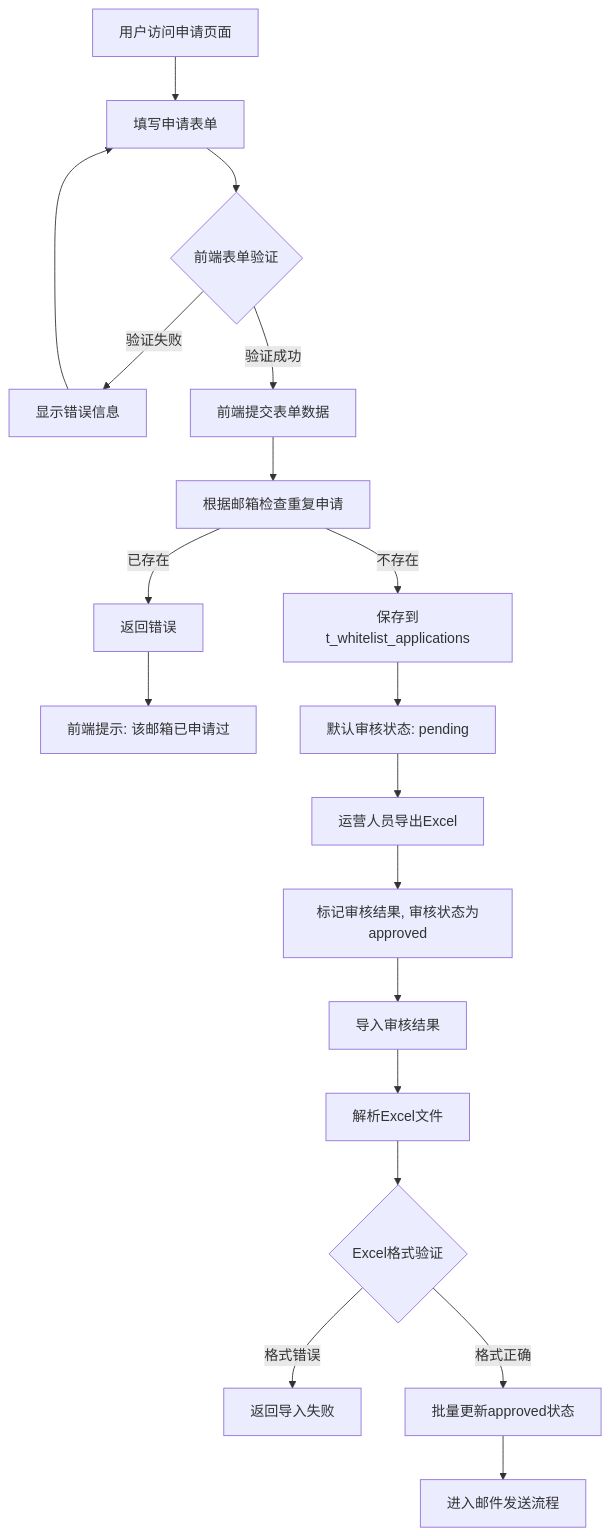
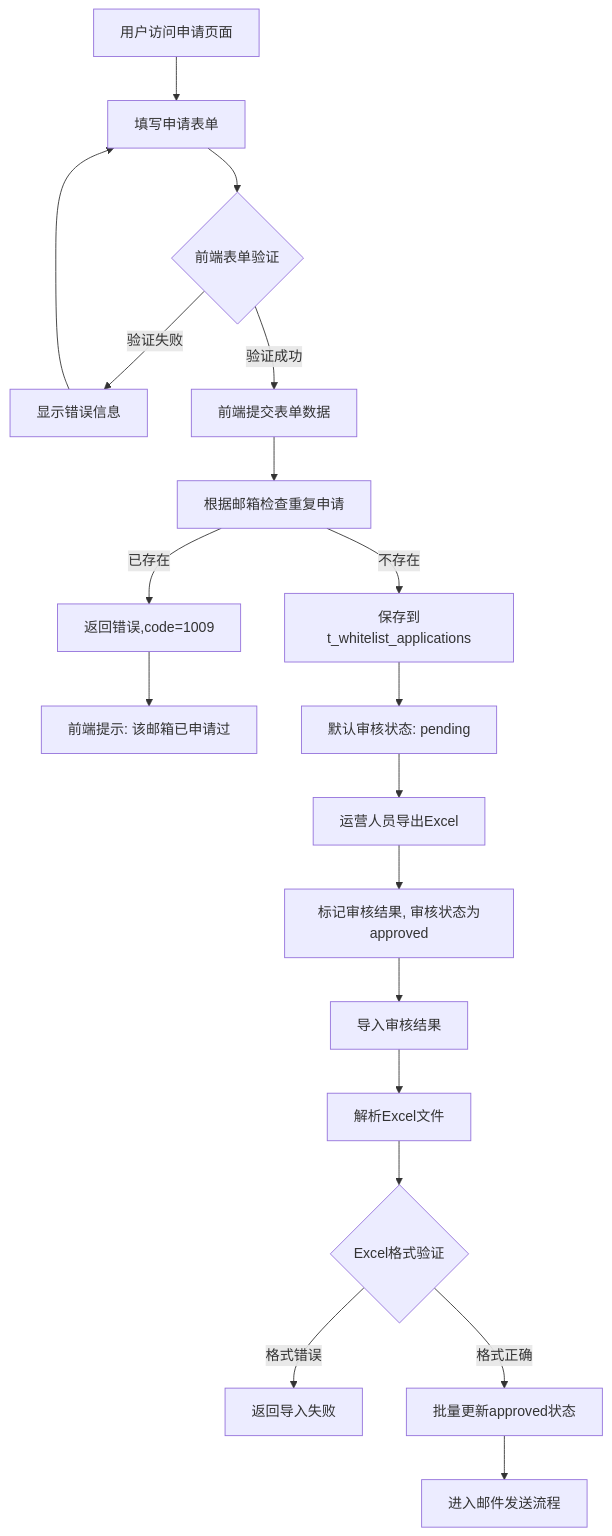
The diagram in all/未命名-73.md (yingjianzh/iodraw-files), drawn with Mermaid before and after one commit.

Commit message:
2025-07-07 09:39:32 update

````diff
--- a/all/未命名-73.md
+++ b/all/未命名-73.md
@@ -1,24 +1,24 @@
 ```mermaid
 
 flowchart TD
     A[用户访问申请页面] --> B[填写申请表单]
     B --> C{前端表单验证}
     C -->|验证失败| D[显示错误信息]
     D --> B
     C -->|验证成功| E[前端提交表单数据]
     E --> F[根据邮箱检查重复申请]
-    F -->|已存在| G[返回错误]
+    F -->|已存在| G[返回错误,code=1009]
     G --> H[前端提示: 该邮箱已申请过]
     F -->|不存在| I[保存到t_whitelist_applications]
     I --> K[默认审核状态: pending]
     
     K --> P[运营人员导出Excel]
     P --> S[标记审核结果, 审核状态为approved]
     S --> T[导入审核结果]
     T --> T2[解析Excel文件]
     T2 --> T3{Excel格式验证}
     T3 -->|格式错误| T4[返回导入失败]
     T3 -->|格式正确| U[批量更新approved状态]
     U --> V[进入邮件发送流程]
 
 ```
````
